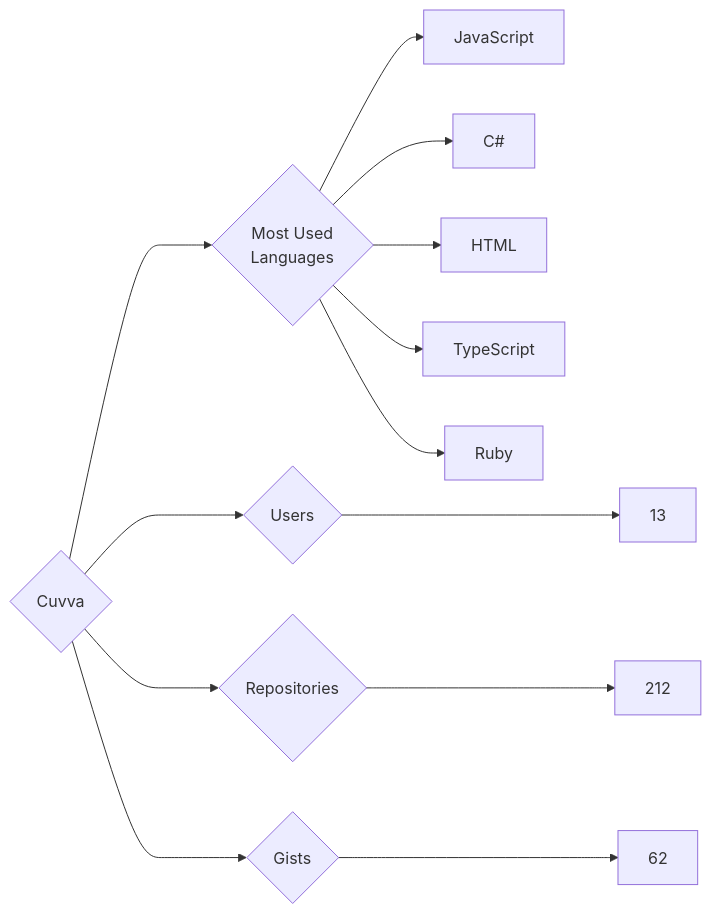
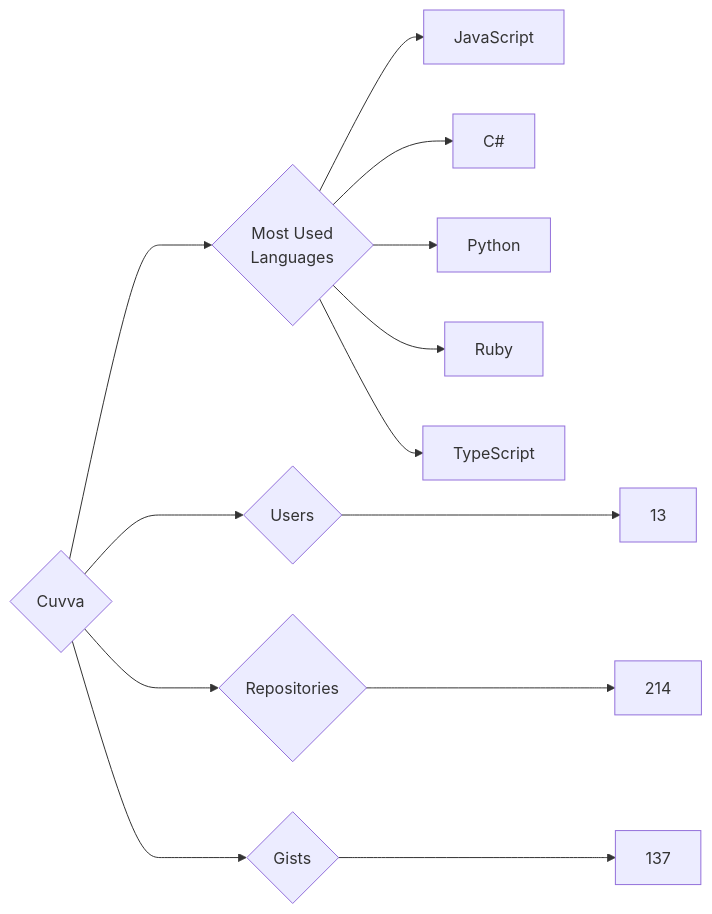
Before and after one commit to trickest/insiders: the diagram in targets/Cuvva/README.md, drawn with Mermaid. The commit also changed 953 other files, not shown here.

````diff
--- a/targets/Cuvva/README.md
+++ b/targets/Cuvva/README.md
@@ -3,13 +3,13 @@
 ```mermaid
 graph LR
 COMPANY_NAME{Cuvva}
 COMPANY_NAME ---> U{Users} ---> UN[13]
-COMPANY_NAME ---> R{Repositories} ---> RN[212]
-COMPANY_NAME ---> G{Gists} ---> GN[62]
+COMPANY_NAME ---> R{Repositories} ---> RN[214]
+COMPANY_NAME ---> G{Gists} ---> GN[137]
 COMPANY_NAME ---> ML{Most Used<br>Languages}
 ML --> JavaScript[JavaScript]
 ML --> C#[C#]
-ML --> HTML[HTML]
+ML --> Python[Python]
+ML --> Ruby[Ruby]
 ML --> TypeScript[TypeScript]
-ML --> Ruby[Ruby]
 ```
````
